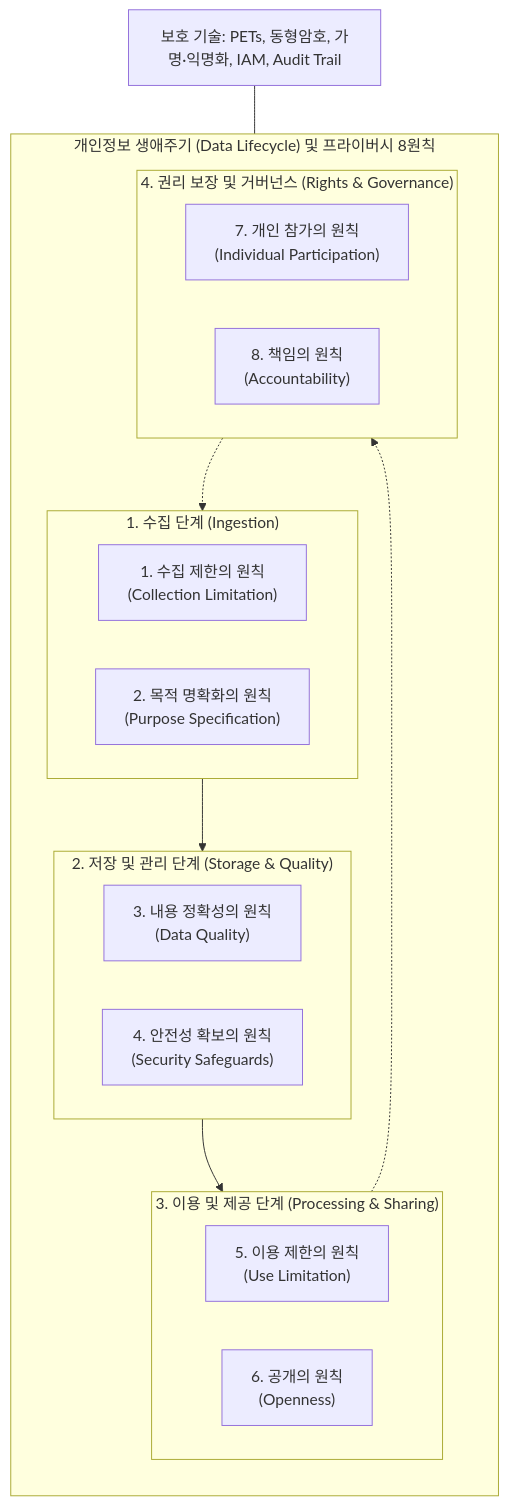
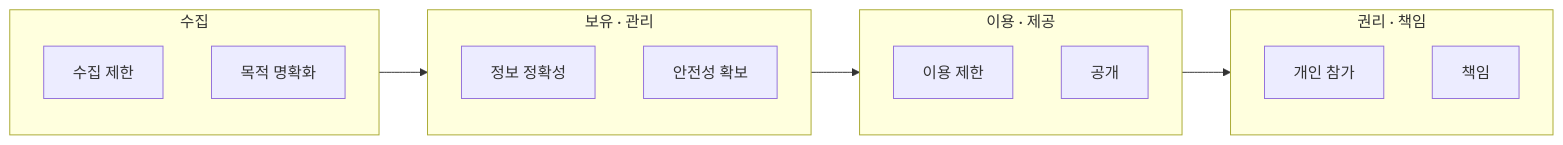
The diagram in content/01_IT Tech/개인정보 프라이버시 8원칙.md (supremethumb/supremethumb.github.io), drawn with Mermaid before and after one commit. The commit also changed other lines of this file and 1087 other files, not shown here.

````diff
--- a/content/01_IT Tech/개인정보 프라이버시 8원칙.md
+++ b/content/01_IT Tech/개인정보 프라이버시 8원칙.md
@@ -22,34 +35,20 @@
 ```mermaid
-flowchart TB
-    subgraph LIFECYCLE["개인정보 생애주기 (Data Lifecycle) 및 프라이버시 8원칙"]
-        direction TB
-
-        subgraph INGESTION["1. 수집 단계 (Ingestion)"]
-            P1["1. 수집 제한의 원칙<br/>(Collection Limitation)"]
-            P2["2. 목적 명확화의 원칙<br/>(Purpose Specification)"]
-        end
-
-        subgraph STORAGE["2. 저장 및 관리 단계 (Storage & Quality)"]
-            P3["3. 내용 정확성의 원칙<br/>(Data Quality)"]
-            P4["4. 안전성 확보의 원칙<br/>(Security Safeguards)"]
-        end
-
-        subgraph USE["3. 이용 및 제공 단계 (Processing & Sharing)"]
-            P5["5. 이용 제한의 원칙<br/>(Use Limitation)"]
-            P6["6. 공개의 원칙<br/>(Openness)"]
-        end
-
-        subgraph GOVERNANCE["4. 권리 보장 및 거버넌스 (Rights & Governance)"]
-            P7["7. 개인 참가의 원칙<br/>(Individual Participation)"]
-            P8["8. 책임의 원칙<br/>(Accountability)"]
-        end
-
-        INGESTION --> STORAGE
-        STORAGE --> USE
-        USE -.-> GOVERNANCE
-        GOVERNANCE -.-> INGESTION
+flowchart LR
+    subgraph C["수집"]
+        P1["수집 제한"]
+        P2["목적 명확화"]
     end
-
-    TECH["보호 기술: PETs, 동형암호, 가명·익명화, IAM, Audit Trail"]
-    TECH --- LIFECYCLE
+    subgraph M["보유 · 관리"]
+        P3["정보 정확성"]
+        P4["안전성 확보"]
+    end
+    subgraph U["이용 · 제공"]
+        P5["이용 제한"]
+        P6["공개"]
+    end
+    subgraph G["권리 · 책임"]
+        P7["개인 참가"]
+        P8["책임"]
+    end
+    C --> M --> U --> G
 ```
````
